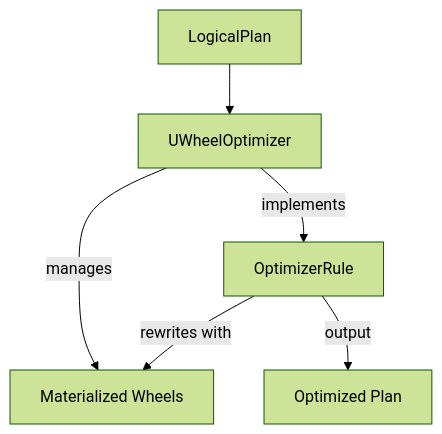
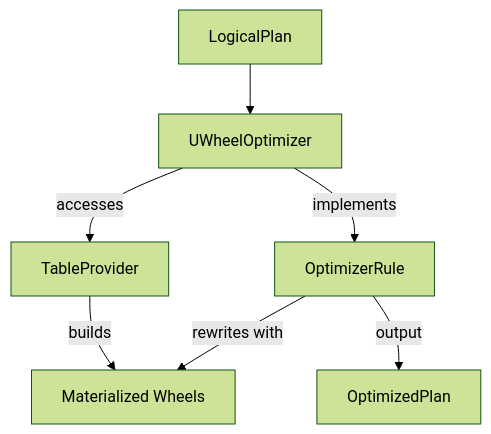
The diagram in README.md (uwheel/datafusion-uwheel), drawn with Mermaid (forest theme) before and after one commit. The commit also changed other lines of this file and 1 other file, not shown here.

````diff
--- a/README.md
+++ b/README.md
@@ -11,13 +11,9 @@
 ```mermaid
 graph TD
-
-    A[UWheelOptimizer] -->|implements| B[OptimizerRule]
-
-    A -->|manages| C[Materialized Wheels]
-
-    B -->|rewrites with| C
-
-    D[LogicalPlan] --> A
-
-    B -->|output| E[Optimized Plan]
+    A[UWheelOptimizer] -->|implements| B[OptimizerRule]
+    B -->|rewrites with| C[Materialized Wheels]
+    D[LogicalPlan] --> A
+    B -->|output| E[OptimizedPlan]
+    A -->|accesses| F[TableProvider]
+    F -->|builds| C
 ```
````
